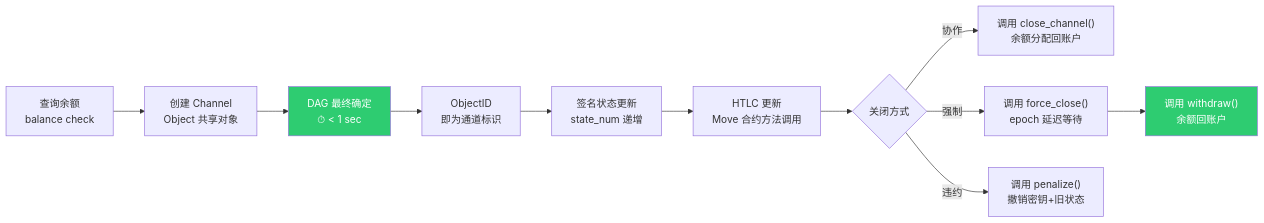
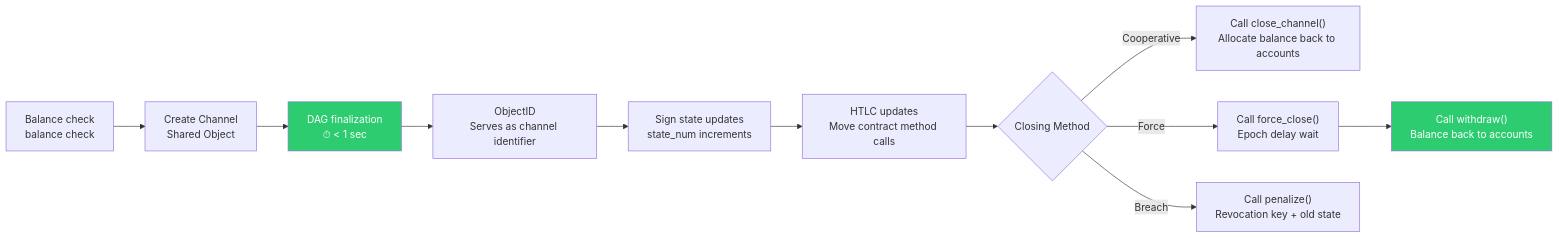
The third of 9 diagrams in 1-refactor-docs/sui/lnd-and-sui-integration.md (loka-network/loka-p2p-lnd), drawn with Mermaid before and after one commit. The commit also changed other lines of this file and 12 other files, not shown here.

````diff
--- a/1-refactor-docs/sui/lnd-and-sui-integration.md
+++ b/1-refactor-docs/sui/lnd-and-sui-integration.md
@@ -141,16 +141,16 @@
 ```mermaid
 flowchart LR
-    S1["查询余额<br/>balance check"] --> S2["创建 Channel<br/>Object 共享对象"]
-    S2 --> S3["DAG 最终确定<br/>⏱ < 1 sec"]
-    S3 --> S4["ObjectID<br/>即为通道标识"]
-    S4 --> S5["签名状态更新<br/>state_num 递增"]
-    S5 --> S6["HTLC 更新<br/>Move 合约方法调用"]
-    S6 --> S7{"关闭方式"}
-    S7 -->|协作| S8["调用 close_channel()<br/>余额分配回账户"]
-    S7 -->|强制| S9["调用 force_close()<br/>epoch 延迟等待"]
-    S9 --> S10["调用 withdraw()<br/>余额回账户"]
-    S7 -->|违约| S11["调用 penalize()<br/>撤销密钥+旧状态"]
+    S1["Balance check<br/>balance check"] --> S2["Create Channel<br/>Shared Object"]
+    S2 --> S3["DAG finalization<br/>⏱ < 1 sec"]
+    S3 --> S4["ObjectID<br/>Serves as channel identifier"]
+    S4 --> S5["Sign state updates<br/>state_num increments"]
+    S5 --> S6["HTLC updates<br/>Move contract method calls"]
+    S6 --> S7{"Closing Method"}
+    S7 -->|Cooperative| S8["Call close_channel()<br/>Allocate balance back to accounts"]
+    S7 -->|Force| S9["Call force_close()<br/>Epoch delay wait"]
+    S9 --> S10["Call withdraw()<br/>Balance back to accounts"]
+    S7 -->|Breach| S11["Call penalize()<br/>Revocation key + old state"]
 
     style S3 fill:#2ecc71,color:#fff
     style S10 fill:#2ecc71,color:#fff
 ```
````
